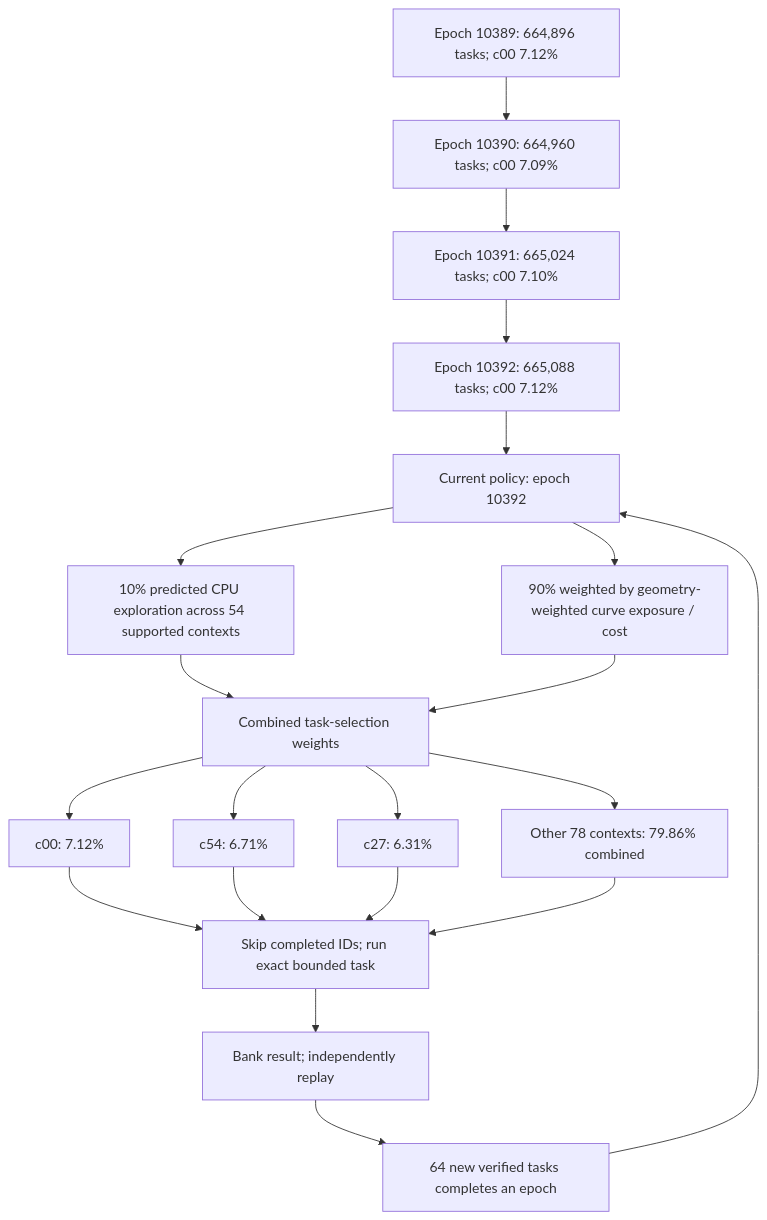
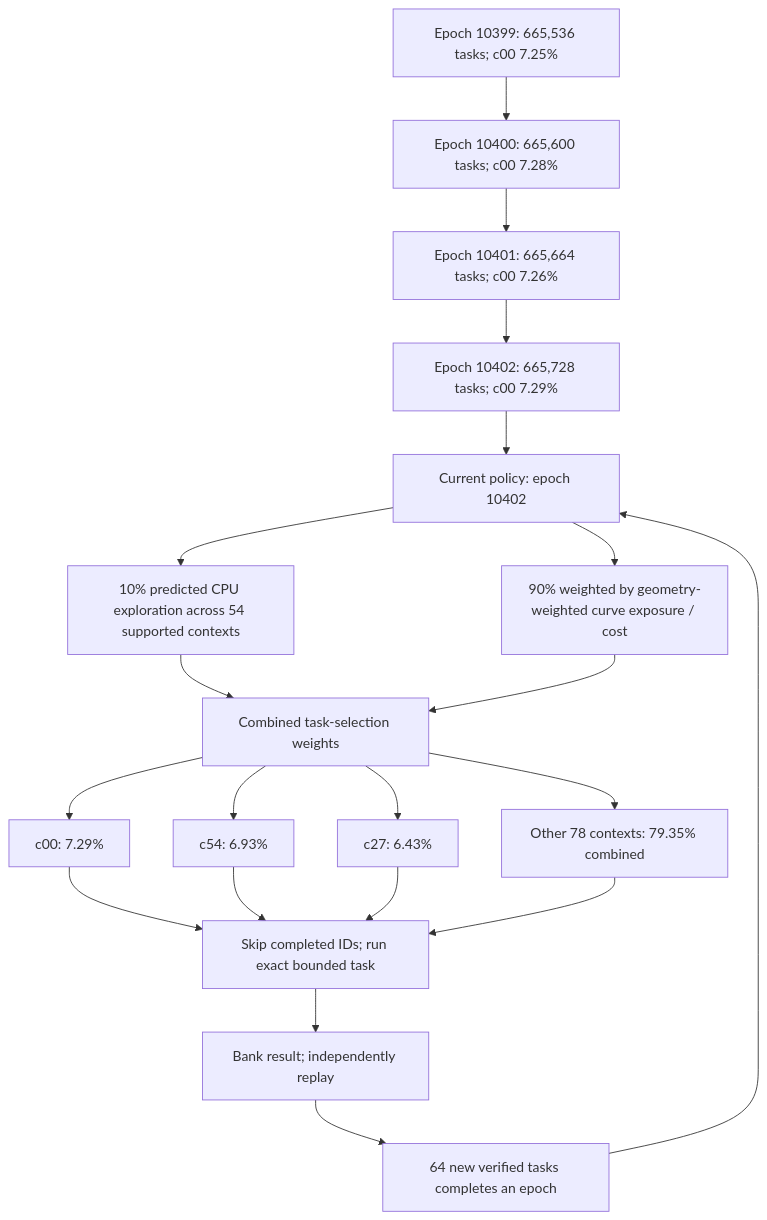
Before and after one commit to Kuberwastaken/math-gambling: the first of 4 diagrams in README.md, drawn with Mermaid. The commit also changed other lines of this file and 1806 other files, not shown here.

````diff
--- a/README.md
+++ b/README.md
@@ -60,27 +60,27 @@
 ```mermaid
 flowchart TD
-    H0["Epoch 10389: 664,896 tasks; c00 7.12%"]
-    H1["Epoch 10390: 664,960 tasks; c00 7.09%"]
+    H0["Epoch 10399: 665,536 tasks; c00 7.25%"]
+    H1["Epoch 10400: 665,600 tasks; c00 7.28%"]
     H0 --> H1
-    H2["Epoch 10391: 665,024 tasks; c00 7.10%"]
+    H2["Epoch 10401: 665,664 tasks; c00 7.26%"]
     H1 --> H2
-    H3["Epoch 10392: 665,088 tasks; c00 7.12%"]
+    H3["Epoch 10402: 665,728 tasks; c00 7.29%"]
     H2 --> H3
-    Policy["Current policy: epoch 10392"]
+    Policy["Current policy: epoch 10402"]
     H3 --> Policy
     Policy --> Explore["10% predicted CPU exploration across 54 supported contexts"]
     Policy --> Cost["90% weighted by geometry-weighted curve exposure / cost"]
     Explore --> Mix["Combined task-selection weights"]
     Cost --> Mix
-    Mix --> C0["c00: 7.12%"]
-    Mix --> C1["c54: 6.71%"]
-    Mix --> C2["c27: 6.31%"]
-    Mix --> Rest["Other 78 contexts: 79.86% combined"]
+    Mix --> C0["c00: 7.29%"]
+    Mix --> C1["c54: 6.93%"]
+    Mix --> C2["c27: 6.43%"]
+    Mix --> Rest["Other 78 contexts: 79.35% combined"]
     C0 --> Check["Skip completed IDs; run exact bounded task"]
     C1 --> Check
     C2 --> Check
     Rest --> Check
     Check --> Replay["Bank result; independently replay"]
     Replay --> Gate["64 new verified tasks completes an epoch"]
     Gate --> Policy
 ```
````
